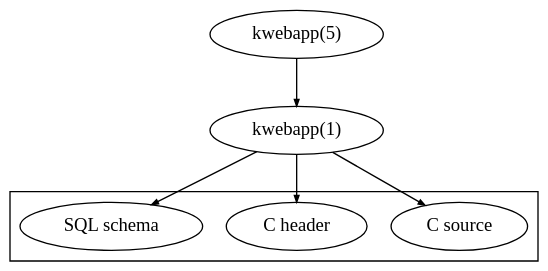
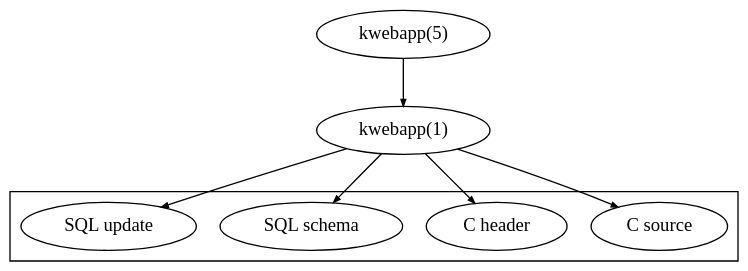
Before and after one commit to kristapsdz/openradtool: the diagram in index.dot, drawn with Graphviz. The commit also changed 3 other files, not shown here.

```diff
--- a/index.dot
+++ b/index.dot
@@ -1,17 +1,19 @@
 digraph {
 	edge [arrowsize="0.5";];
 	bgcolor="transparent";
 
 	cfg[label="kwebapp(5)"];
 	bin[label="kwebapp(1)"];
 
 	subgraph cluster0 {
 		src[label="C source"];
 		head[label="C header"];
 		sql[label="SQL schema"];
+		update[label="SQL update"];
 	}
 	cfg -> bin;
 	bin -> src;
 	bin -> head;
 	bin -> sql;
+	bin -> update;
 }
```
